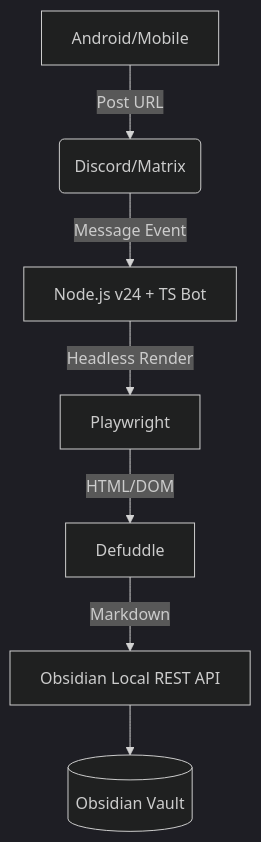
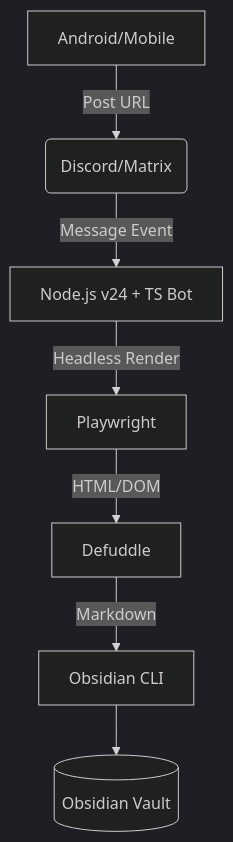
Before and after one commit to Maki-Daisuke/obsidian-remote-clipper: the diagram in doc/design.md, drawn with Mermaid (dark theme). The commit also changed other lines of this file and 1 other file, not shown here.

First line of the commit message:
docs: update architecture documentation for Obsidian CLI migration

````diff
--- a/doc/design.md
+++ b/doc/design.md
@@ -10,9 +10,9 @@
 ```mermaid
 graph TD
     A[Android/Mobile] -- "Post URL" --> B(Discord/Matrix)
     B -- "Message Event" --> C[Node.js v24 + TS Bot]
     C -- "Headless Render" --> D[Playwright]
     D -- "HTML/DOM" --> E[Defuddle]
-    E -- "Markdown" --> F[Obsidian Local REST API]
+    E -- "Markdown" --> F[Obsidian CLI]
     F --> G[(Obsidian Vault)]
 ```
````
